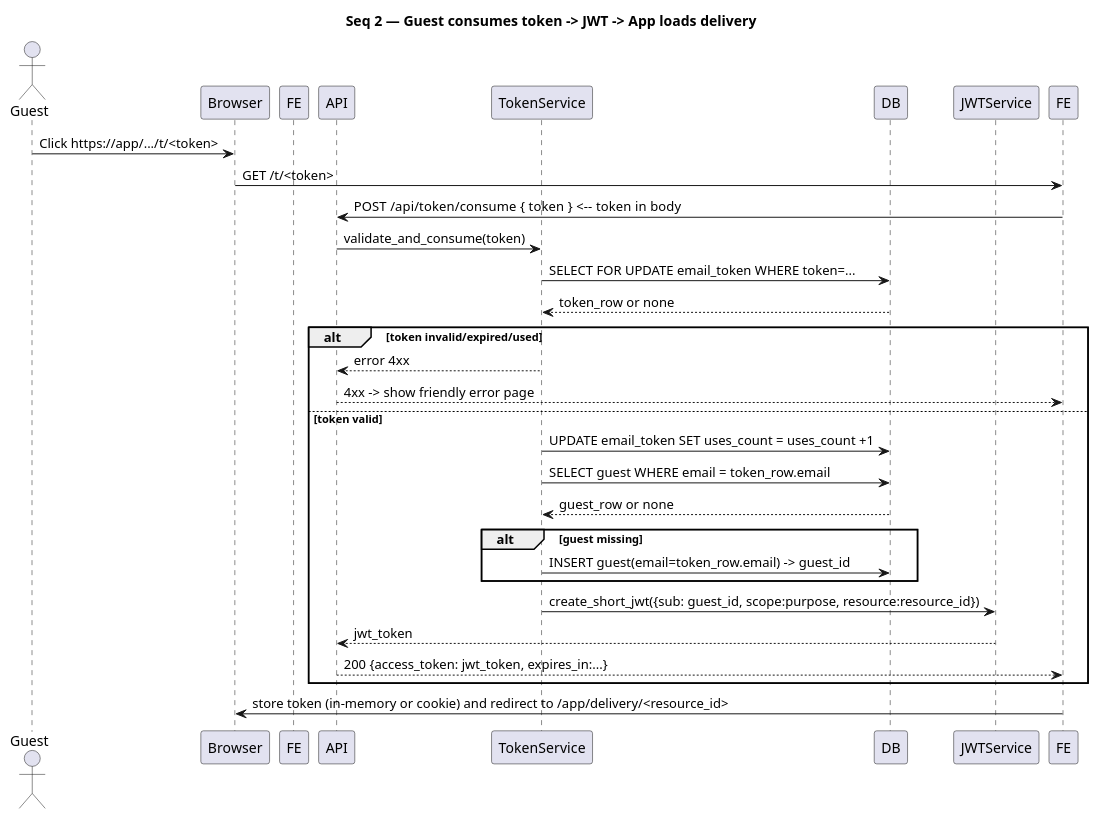
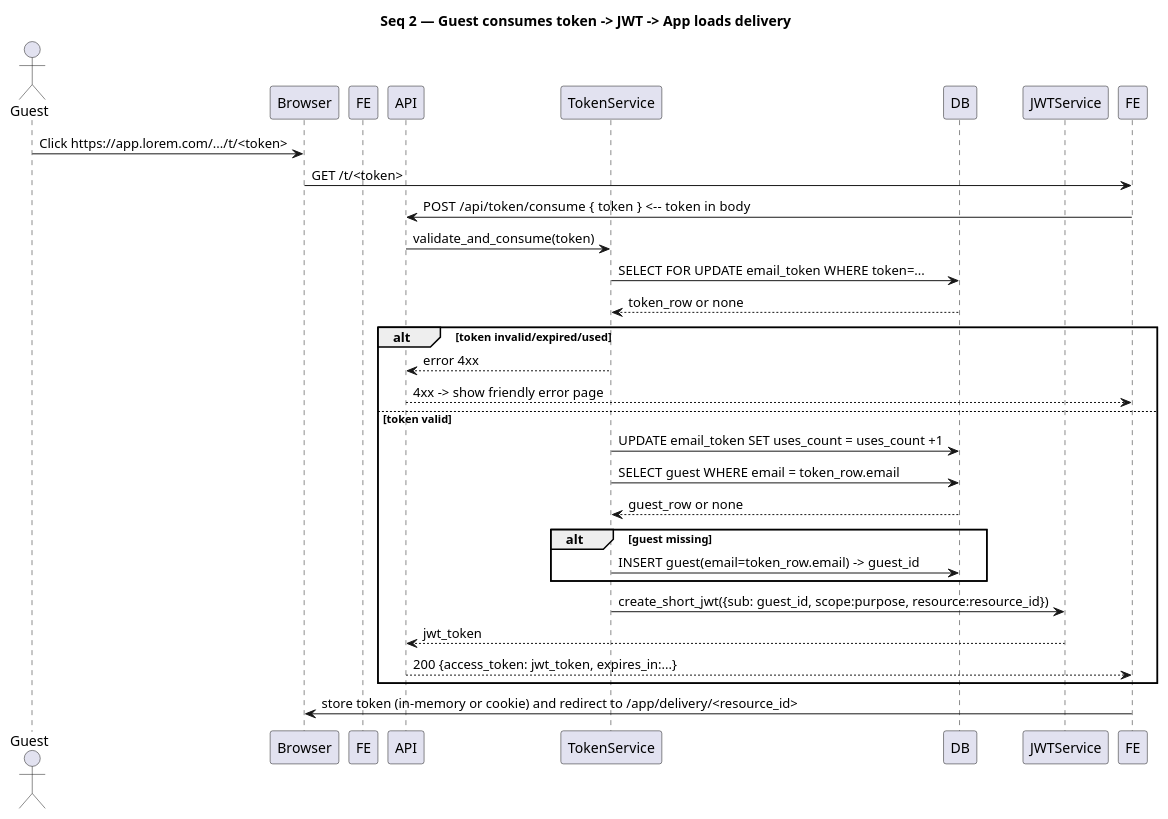
One commit to AnicetJonhia/quality_tracker changed the diagram in conception/UML/Sequence/seq2_consume_token.puml. Above: the diagram before and after it, drawn with PlantUML. The commit also changed 9 other files, not shown here.

Commit message:
sequence diagram overview

```diff
--- a/conception/UML/Sequence/seq2_consume_token.puml
+++ b/conception/UML/Sequence/seq2_consume_token.puml
@@ -1,33 +1,33 @@
 @startuml
 title Seq 2 — Guest consumes token -> JWT -> App loads delivery
 
 actor Guest
 participant Browser
 participant FE as FrontendApp
 participant API
 participant TokenService
 participant DB
 participant JWTService
 
-Guest -> Browser : Click https://app/.../t/<token>
+Guest -> Browser : Click https://app.lorem.com/.../t/<token>
 Browser -> FE : GET /t/<token>
 FE -> API : POST /api/token/consume { token }   <-- token in body
 API -> TokenService : validate_and_consume(token)
 TokenService -> DB : SELECT FOR UPDATE email_token WHERE token=...
 DB --> TokenService : token_row or none
 alt token invalid/expired/used
   TokenService --> API : error 4xx
   API --> FE : 4xx -> show friendly error page
 else token valid
   TokenService -> DB : UPDATE email_token SET uses_count = uses_count +1
   TokenService -> DB : SELECT guest WHERE email = token_row.email
   DB --> TokenService : guest_row or none
   alt guest missing
     TokenService -> DB : INSERT guest(email=token_row.email) -> guest_id
   end
   TokenService -> JWTService : create_short_jwt({sub: guest_id, scope:purpose, resource:resource_id})
   JWTService --> API : jwt_token
   API --> FE : 200 {access_token: jwt_token, expires_in:...}
 end
 FE -> Browser : store token (in-memory or cookie) and redirect to /app/delivery/<resource_id>
 @enduml
```
